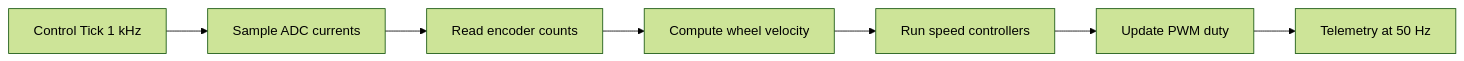
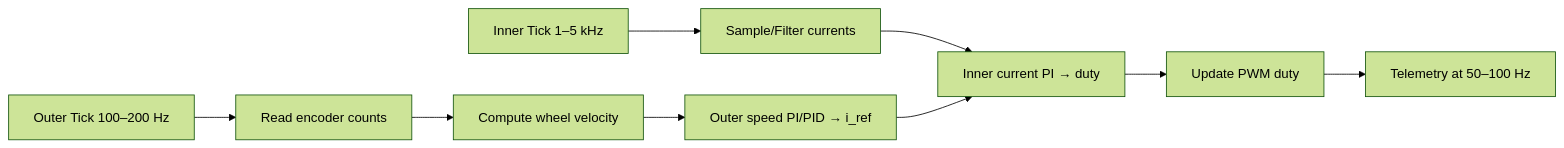
One commit to KartikMehta-1/AMR-development changed the second of 3 diagrams in docs/firmware_motor_control.md. Above: the diagram before and after it, drawn with Mermaid (forest theme). The commit also changed other lines of this file and 2 other files, not shown here.

Commit message:
Updated tasks for a cascaded PID based control.

````diff
--- a/docs/firmware_motor_control.md
+++ b/docs/firmware_motor_control.md
@@ -77,18 +84,23 @@
 ```mermaid
 graph LR
-  %% Control tick sequence (target example)
-  TICK[Control Tick 1 kHz]
-  SAMPLE[Sample ADC currents]
-  READ[Read encoder counts]
-  EST[Compute wheel velocity]
-  CTRL[Run speed controllers]
+  %% Control tick sequence (cascaded example)
+  TICK_I[Inner Tick 1–5 kHz]
+  TICK_W[Outer Tick 100–200 Hz]
+  SAMPLE_I[Sample/Filter currents]
+  READ_W[Read encoder counts]
+  EST_W[Compute wheel velocity]
+  CTRL_W[Outer speed PI/PID → i_ref]
+  CTRL_I[Inner current PI → duty]
   APPLY[Update PWM duty]
-  TEL[Telemetry at 50 Hz]
+  TEL[Telemetry at 50–100 Hz]
 
-  TICK --> SAMPLE
-  SAMPLE --> READ
-  READ --> EST
-  EST --> CTRL
-  CTRL --> APPLY
+  TICK_I --> SAMPLE_I
+  SAMPLE_I --> CTRL_I
+  CTRL_I --> APPLY
   APPLY --> TEL
+
+  TICK_W --> READ_W
+  READ_W --> EST_W
+  EST_W --> CTRL_W
+  CTRL_W --> CTRL_I
 ```
````
